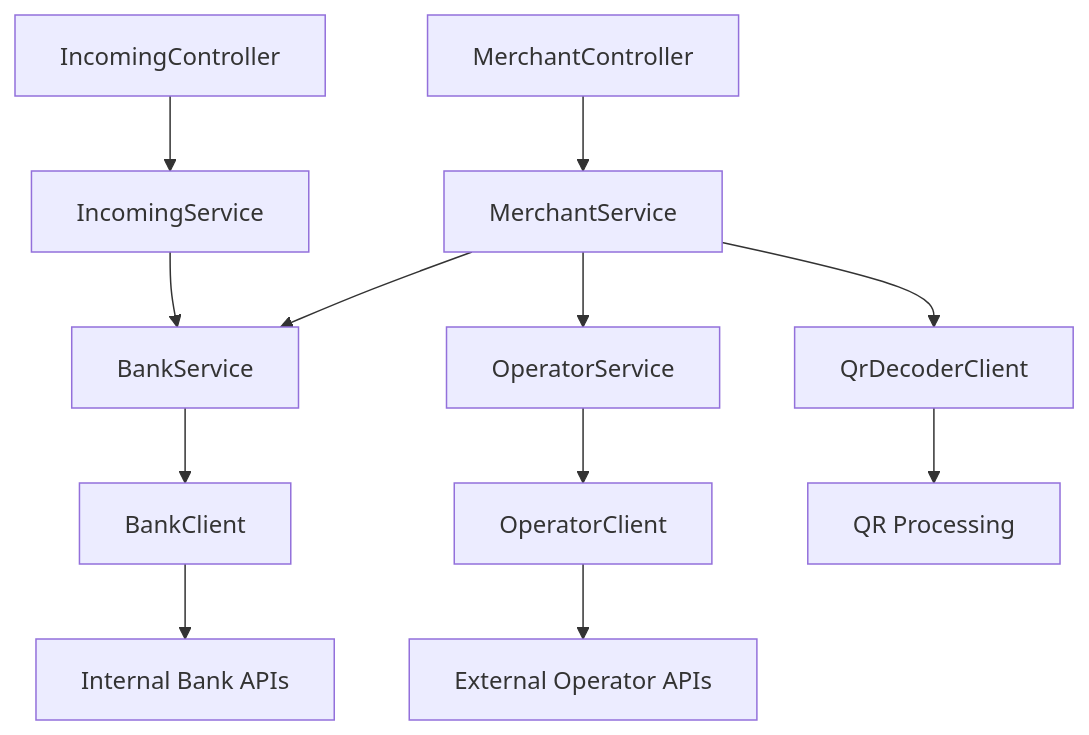
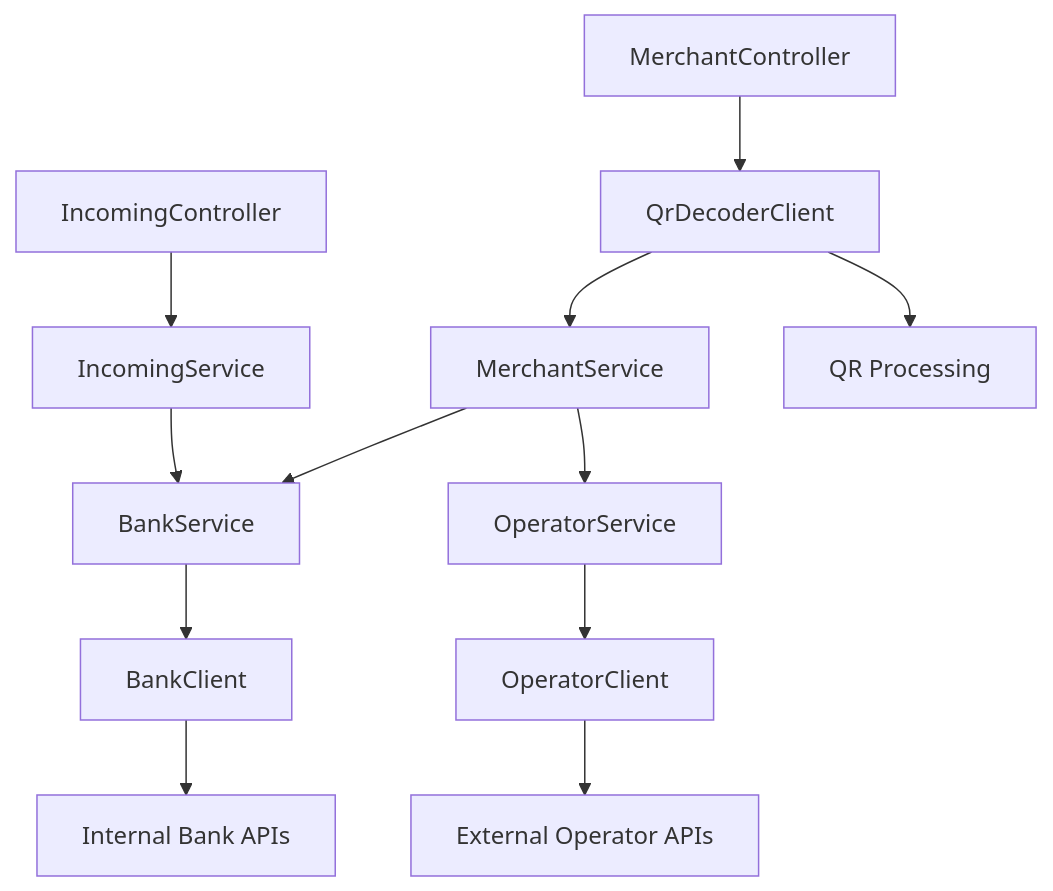
One commit to kanimetov/sample-psp changed the diagram in docs/internal/design/service-architecture.md. Above: the diagram before and after it, drawn with Mermaid. The commit also changed other lines of this file and 2 other files, not shown here.

First line of the commit message:
docs: update architecture docs to reflect QR decoding refactoring

````diff
--- a/docs/internal/design/service-architecture.md
+++ b/docs/internal/design/service-architecture.md
@@ -30,18 +30,18 @@
 ```mermaid
 graph TD
-    A[MerchantController] --> B[MerchantService]
+    A[MerchantController] --> E[QrDecoderClient]
+    E --> B[MerchantService]
     C[IncomingController] --> D[IncomingService]
     
-    B --> E[QrDecoderClient]
     B --> F[BankService]
     B --> G[OperatorService]
     
     D --> F[BankService]
     
     F --> H[BankClient]
     G --> I[OperatorClient]
     
     E --> J[QR Processing]
     H --> K[Internal Bank APIs]
     I --> L[External Operator APIs]
 ```
````
